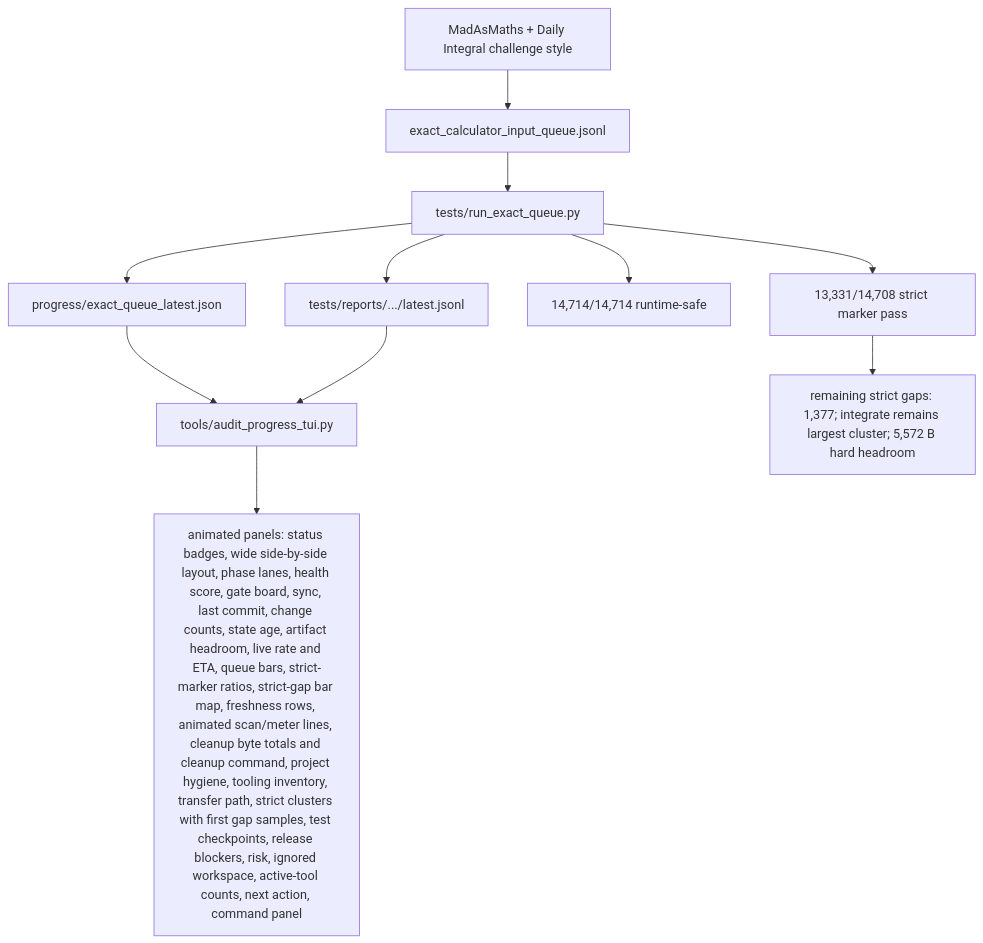
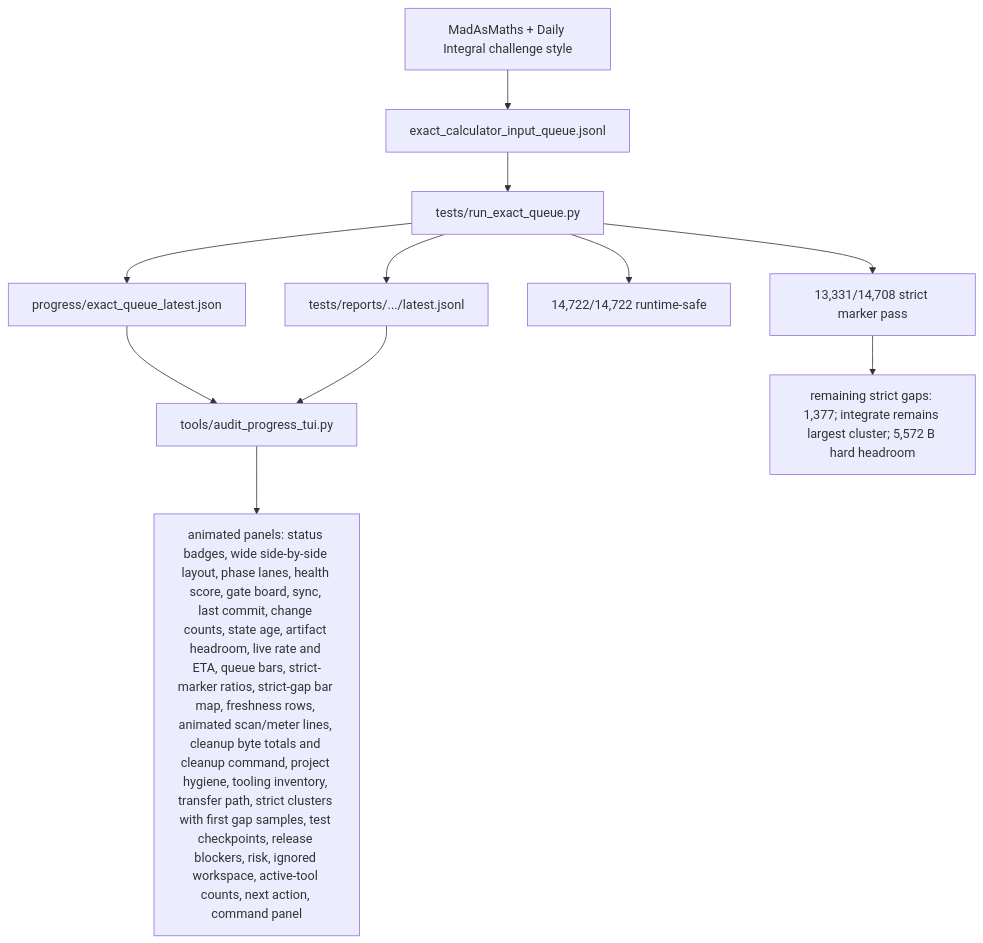
One commit to james8464/notes-addin-casio-fx-cg50 changed the fifth of 6 diagrams in docs/GRAPH.md. Above: the diagram before and after it, drawn with Mermaid. The commit also changed 2 other files, not shown here.

Commit message:
update queue verification status

````diff
--- a/docs/GRAPH.md
+++ b/docs/GRAPH.md
@@ -66,13 +66,13 @@
 ```mermaid
 graph TD
   Online["MadAsMaths + Daily Integral challenge style"] --> Queue["exact_calculator_input_queue.jsonl"]
   Queue --> Runner["tests/run_exact_queue.py"]
   Runner --> Live["progress/exact_queue_latest.json"]
   Runner --> Report["tests/reports/.../latest.jsonl"]
   Live --> TUI["tools/audit_progress_tui.py"]
   Report --> TUI
   TUI --> Panels["animated panels: status badges, wide side-by-side layout, phase lanes, health score, gate board, sync, last commit, change counts, state age, artifact headroom, live rate and ETA, queue bars, strict-marker ratios, strict-gap bar map, freshness rows, animated scan/meter lines, cleanup byte totals and cleanup command, project hygiene, tooling inventory, transfer path, strict clusters with first gap samples, test checkpoints, release blockers, risk, ignored workspace, active-tool counts, next action, command panel"]
-  Runner --> Runtime["14,714/14,714 runtime-safe"]
+  Runner --> Runtime["14,722/14,722 runtime-safe"]
   Runner --> Strict["13,331/14,708 strict marker pass"]
   Strict --> Remaining["remaining strict gaps: 1,377; integrate remains largest cluster; 5,572 B hard headroom"]
 ```
````
